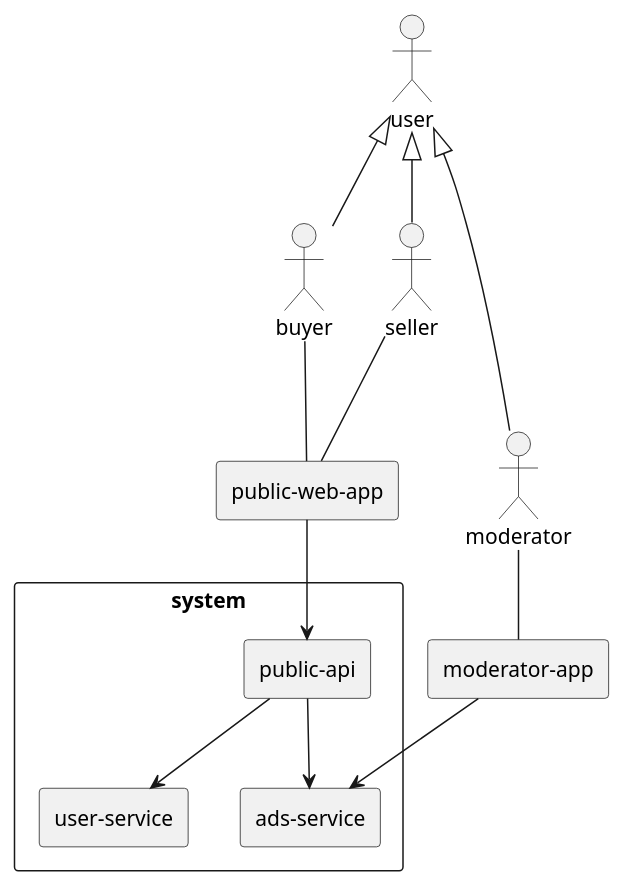
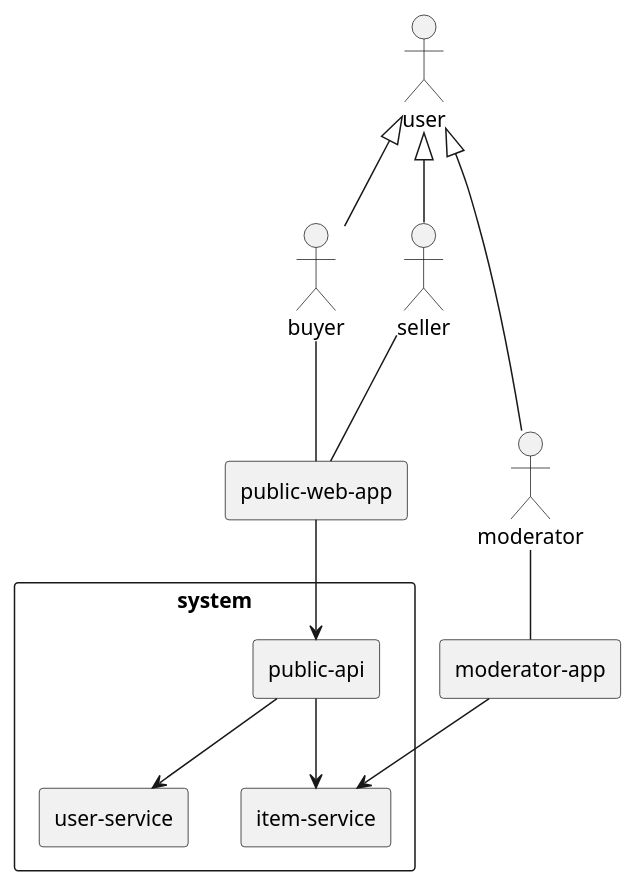
The diagram in src/Uml/system-environment.puml (jesusfar/classified-ads-example), drawn with PlantUML before and after one commit. The commit also changed 16 other files, not shown here.

```diff
--- a/src/Uml/system-environment.puml
+++ b/src/Uml/system-environment.puml
@@ -1,39 +1,39 @@
 @startuml
 top to bottom direction
 skinparam packageStyle rectangle
 
 actor user
 actor buyer
 actor seller
 actor moderator
 
 user <|-- buyer
 user <|-- seller
 user <|-- moderator
 
 buyer -- (public-web-app)
 seller -- (public-web-app)
 moderator -- (moderator-app)
 rectangle system {
     (public-web-app) -down-> (public-api)
     (public-api) -down-> (user-service)
-    (public-api) -down-> (ads-service)
-    (moderator-app) -down-> (ads-service)
+    (public-api) -down-> (item-service)
+    (moderator-app) -down-> (item-service)
     
     rectangle public-api {
     
     }
     
     rectangle public-web-app {
     }
 
-    rectangle ads-service {
+    rectangle item-service {
     }
 
     rectangle moderator-app {
     }
 
     rectangle user-service {
     }
 }
 @enduml
```
